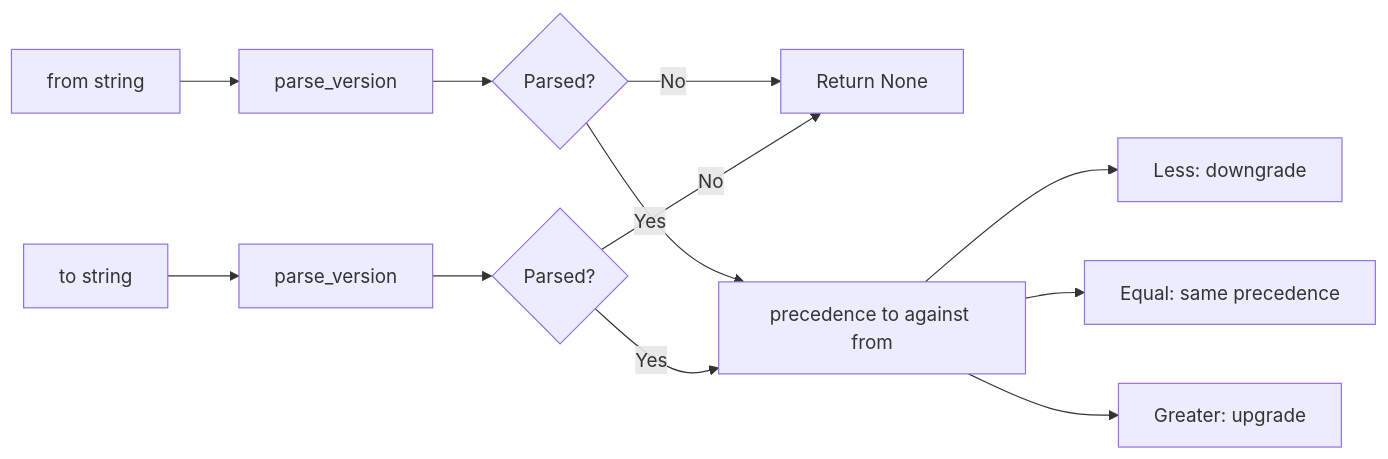
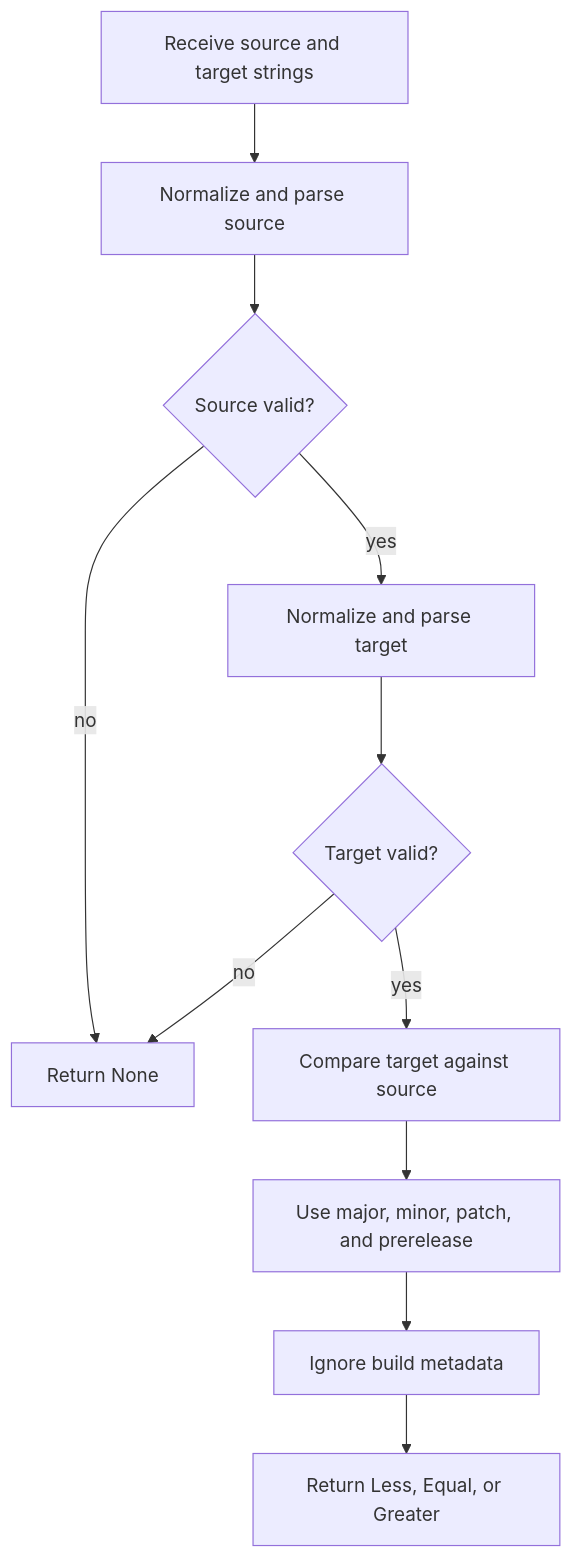
One commit to flamingo-stack/openframe-oss-tenant changed the second of 3 diagrams in docs/reference/architecture/openframe-client-core/utils-version-comparator/utils-version-comparator.md. Above: the diagram before and after it, drawn with Mermaid. The commit also changed other lines of this file and 2377 other files, not shown here.

````diff
--- a/docs/reference/architecture/openframe-client-core/utils-version-comparator/utils-version-comparator.md
+++ b/docs/reference/architecture/openframe-client-core/utils-version-comparator/utils-version-comparator.md
@@ -81,14 +81,13 @@
 ```mermaid
-flowchart LR
-    From["from string"] --> ParseFrom["parse_version"]
-    To["to string"] --> ParseTo["parse_version"]
-    ParseFrom --> FromValid{"Parsed?"}
-    ParseTo --> ToValid{"Parsed?"}
-    FromValid -->|"No"| Invalid["Return None"]
-    ToValid -->|"No"| Invalid
-    FromValid -->|"Yes"| Compare["precedence to against from"]
-    ToValid -->|"Yes"| Compare
-    Compare --> Lower["Less: downgrade"]
-    Compare --> Same["Equal: same precedence"]
-    Compare --> Higher["Greater: upgrade"]
+flowchart TD
+    Start["Receive source and target strings"] --> ParseSource["Normalize and parse source"]
+    ParseSource --> SourceValid{"Source valid?"}
+    SourceValid -->|"no"| Invalid["Return None"]
+    SourceValid -->|"yes"| ParseTarget["Normalize and parse target"]
+    ParseTarget --> TargetValid{"Target valid?"}
+    TargetValid -->|"no"| Invalid
+    TargetValid -->|"yes"| Compare["Compare target against source"]
+    Compare --> Components["Use major, minor, patch, and prerelease"]
+    Components --> IgnoreBuild["Ignore build metadata"]
+    IgnoreBuild --> Ordered["Return Less, Equal, or Greater"]
 ```
````
